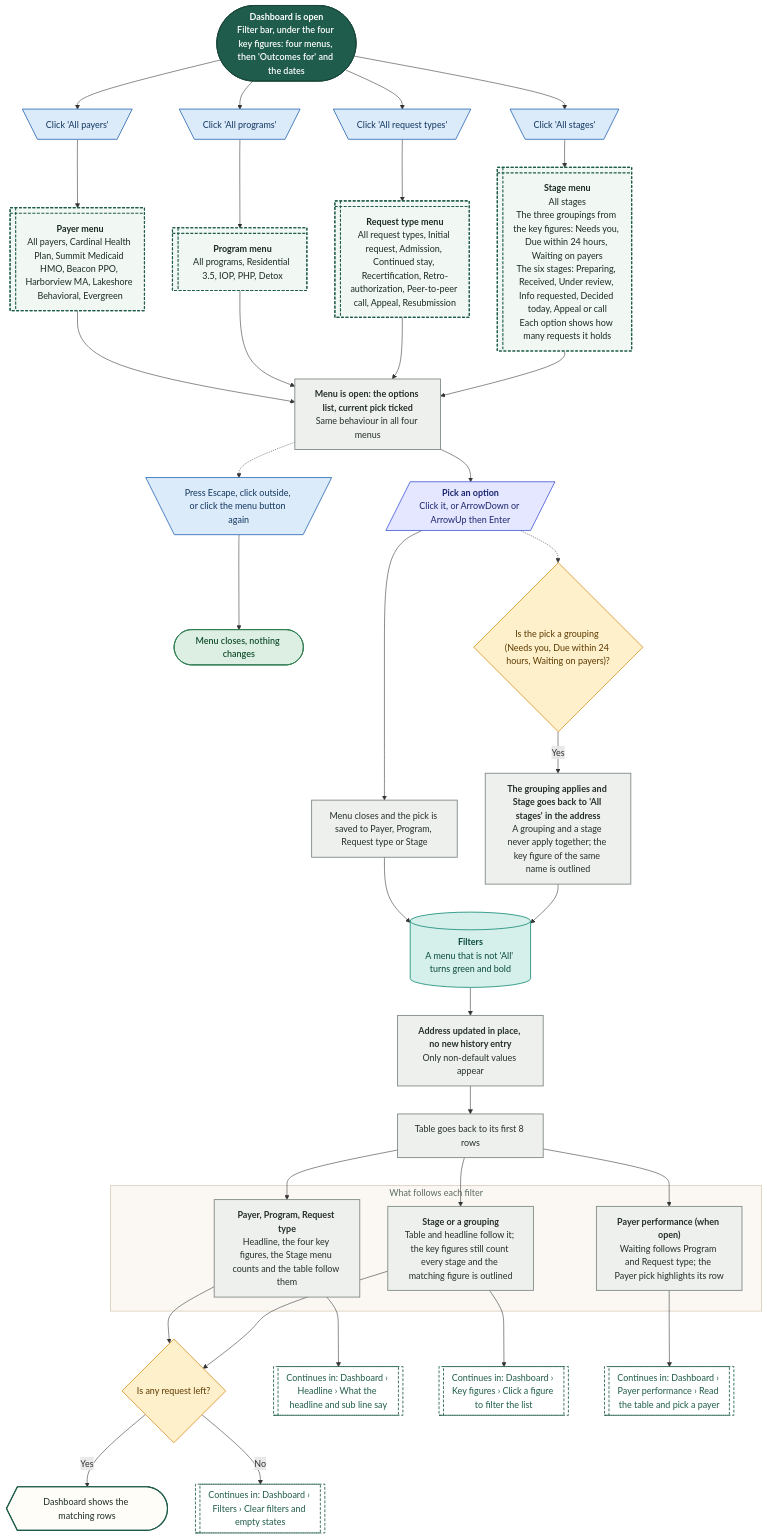
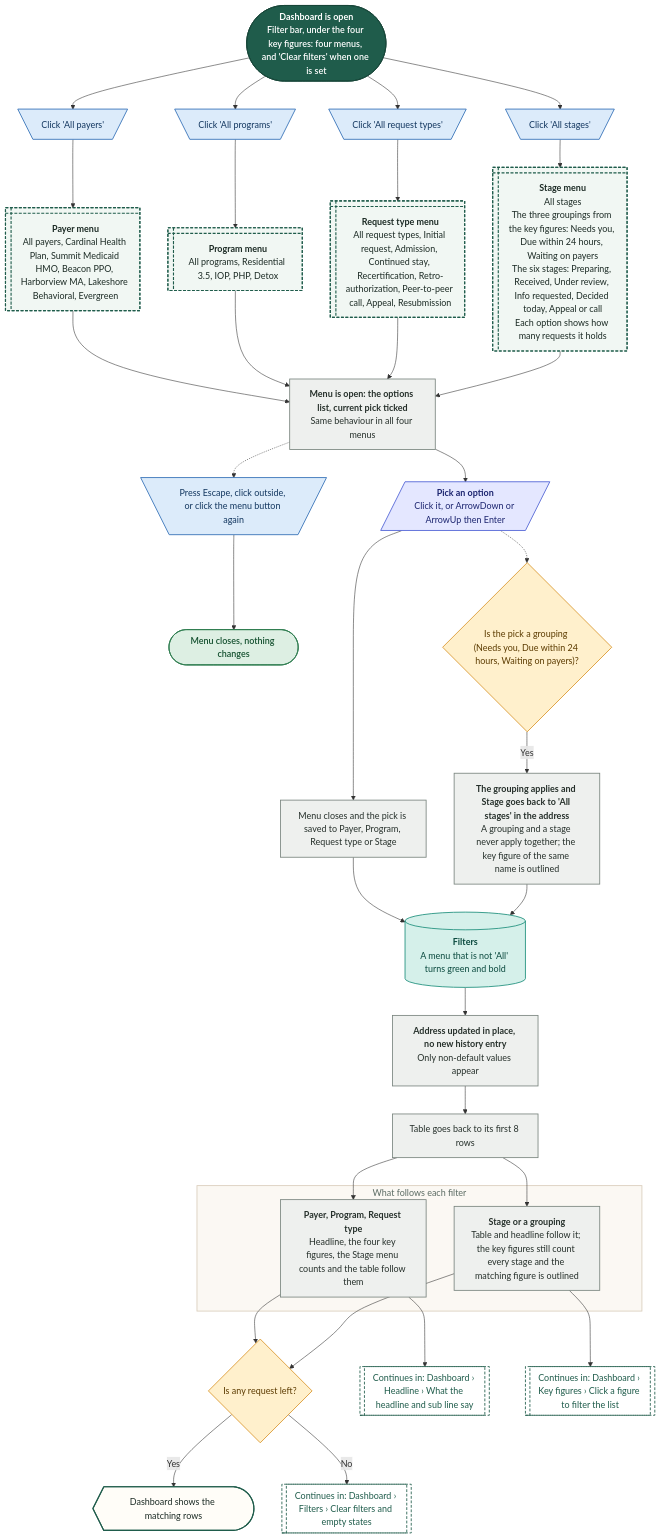
Before and after one commit to Shrav143/psyfloapp: the fifth of 17 diagrams in demos/prior-auth-demo/workflows/out/md/02-dashboard.md, drawn with Mermaid. The commit also changed other lines of this file and 36 other files, not shown here.

First line of the commit message:
docs: diagrams and docs follow the removal of stage help, payer performance and the date range (242 diagrams)

````diff
--- a/demos/prior-auth-demo/workflows/out/md/02-dashboard.md
+++ b/demos/prior-auth-demo/workflows/out/md/02-dashboard.md
@@ -361,78 +345,75 @@
 ```mermaid
 %%{init: {"theme":"base","themeVariables":{"fontFamily":"'DM Sans', 'Segoe UI', system-ui, sans-serif","fontSize":"15px","lineColor":"#5B6B63","primaryTextColor":"#1C2B25","clusterBkg":"#FBF8F3","clusterBorder":"#D9CDBB","edgeLabelBackground":"#FFFFFF"},"flowchart":{"curve":"basis","nodeSpacing":36,"rankSpacing":48,"padding":12,"htmlLabels":true,"useMaxWidth":false,"wrappingWidth":230}} }%%
 flowchart TD
   classDef k_start fill:#1F5C4B,stroke:#174638,color:#FFFFFF,stroke-width:1.5px,font-weight:600
   classDef k_end fill:#DDEFE3,stroke:#2E7D4F,color:#14502F,stroke-width:1.5px,font-weight:600
   classDef k_endx fill:#FBE3E0,stroke:#C0392B,color:#7A1F16,stroke-width:1.5px,font-weight:600
   classDef k_screen fill:#FFFDF8,stroke:#1F5C4B,color:#1C2B25,stroke-width:2px
   classDef k_overlay fill:#F1F7F3,stroke:#1F5C4B,color:#1C2B25,stroke-width:2px,stroke-dasharray:5 3
   classDef k_click fill:#DCEBFA,stroke:#2F6DB5,color:#12365F,stroke-width:1.5px
   classDef k_input fill:#E4E7FF,stroke:#4C5FD5,color:#1D2670,stroke-width:1.5px
   classDef k_process fill:#EEF0EE,stroke:#7A857F,color:#26302B,stroke-width:1.5px
   classDef k_agent fill:#EEE5FA,stroke:#7A4FC2,color:#341A63,stroke-width:1.5px
   classDef k_decision fill:#FFF0CC,stroke:#D9962B,color:#5C3B00,stroke-width:1.5px
   classDef k_store fill:#D5F0EA,stroke:#1C8E7B,color:#0B4A3F,stroke-width:1.5px
   classDef k_doc fill:#F6E9DC,stroke:#B07A4C,color:#4A2E14,stroke-width:1.5px
   classDef k_ext fill:#FFE6D2,stroke:#E07B39,color:#6B2F06,stroke-width:1.5px
   classDef k_wait fill:#E4E8EE,stroke:#6B7C93,color:#26303D,stroke-width:1.5px
   classDef k_toast fill:#FFF9DB,stroke:#C9A400,color:#5A4A00,stroke-width:1.5px
   classDef k_goto fill:#FFFFFF,stroke:#1F5C4B,color:#1F5C4B,stroke-width:1.5px,stroke-dasharray:5 3
-  s1@{ shape: stadium, label: "<b>Dashboard is open</b><br/>Filter bar, under the four key figures: four menus, then 'Outcomes for' and the dates" }
+  s1@{ shape: stadium, label: "<b>Dashboard is open</b><br/>Filter bar, under the four key figures: four menus, and 'Clear filters' when one is set" }
   c1@{ shape: trap-t, label: "Click 'All payers'" }
   c2@{ shape: trap-t, label: "Click 'All programs'" }
   c3@{ shape: trap-t, label: "Click 'All request types'" }
   c4@{ shape: trap-t, label: "Click 'All stages'" }
   o1@{ shape: win-pane, label: "<b>Payer menu</b><br/>All payers, Cardinal Health Plan, Summit Medicaid HMO, Beacon PPO, Harborview MA, Lakeshore Behavioral, Evergreen" }
   o2@{ shape: win-pane, label: "<b>Program menu</b><br/>All programs, Residential 3.5, IOP, PHP, Detox" }
   o3@{ shape: win-pane, label: "<b>Request type menu</b><br/>All request types, Initial request, Admission, Continued stay, Recertification, Retro-authorization, Peer-to-peer call, Appeal, Resubmission" }
   o4@{ shape: win-pane, label: "<b>Stage menu</b><br/>All stages<br/>The three groupings from the key figures: Needs you, Due within 24 hours, Waiting on payers<br/>The six stages: Preparing, Received, Under review, Info requested, Decided today, Appeal or call<br/>Each option shows how many requests it holds" }
   m1@{ shape: rect, label: "<b>Menu is open: the options list, current pick ticked</b><br/>Same behaviour in all four menus" }
   i1@{ shape: lean-r, label: "<b>Pick an option</b><br/>Click it, or ArrowDown or ArrowUp then Enter" }
   k1@{ shape: trap-t, label: "Press Escape, click outside, or click the menu button again" }
   e0@{ shape: stadium, label: "Menu closes, nothing changes" }
   dg@{ shape: diam, label: "Is the pick a grouping (Needs you, Due within 24 hours, Waiting on payers)?" }
   pg@{ shape: rect, label: "<b>The grouping applies and Stage goes back to 'All stages' in the address</b><br/>A grouping and a stage never apply together; the key figure of the same name is outlined" }
   p1@{ shape: rect, label: "Menu closes and the pick is saved to Payer, Program, Request type or Stage" }
   w1@{ shape: cyl, label: "<b>Filters</b><br/>A menu that is not 'All' turns green and bold" }
   p2@{ shape: rect, label: "<b>Address updated in place, no new history entry</b><br/>Only non-default values appear" }
   p3@{ shape: rect, label: "Table goes back to its first 8 rows" }
   subgraph gFollow ["What follows each filter"]
   f1@{ shape: rect, label: "<b>Payer, Program, Request type</b><br/>Headline, the four key figures, the Stage menu counts and the table follow them" }
   f2@{ shape: rect, label: "<b>Stage or a grouping</b><br/>Table and headline follow it; the key figures still count every stage and the matching figure is outlined" }
-  f3@{ shape: rect, label: "<b>Payer performance (when open)</b><br/>Waiting follows Program and Request type; the Payer pick highlights its row" }
   end
   d1@{ shape: diam, label: "Is any request left?" }
   sc@{ shape: curv-trap, label: "Dashboard shows the matching rows" }
   g1@{ shape: subproc, label: "Continues in: Dashboard › Filters › Clear filters and empty states" }
   g2@{ shape: subproc, label: "Continues in: Dashboard › Headline › What the headline and sub line say" }
   g3@{ shape: subproc, label: "Continues in: Dashboard › Key figures › Click a figure to filter the list" }
-  g4@{ shape: subproc, label: "Continues in: Dashboard › Payer performance › Read the table and pick a payer" }
   s1 --> c1 --> o1
   s1 --> c2 --> o2
   s1 --> c3 --> o3
   s1 --> c4 --> o4
   o1 & o2 & o3 & o4 --> m1
   m1 --> i1
   m1 -.-> k1 --> e0
   i1 --> p1 --> w1 --> p2 --> p3
   i1 -.-> dg
   dg -->|"Yes"| pg --> w1
-  p3 --> f1 & f2 & f3
+  p3 --> f1 & f2
   f1 --> g2
   f2 --> g3
-  f3 --> g4
   f1 & f2 --> d1
   d1 -->|"Yes"| sc
   d1 -->|"No"| g1
   class s1 k_start
   class c1,c2,c3,c4,k1 k_click
   class o1,o2,o3,o4 k_overlay
-  class m1,pg,p1,p2,p3,f1,f2,f3 k_process
+  class m1,pg,p1,p2,p3,f1,f2 k_process
   class i1 k_input
   class e0 k_end
   class dg,d1 k_decision
   class w1 k_store
   class sc k_screen
-  class g1,g2,g3,g4 k_goto
+  class g1,g2,g3 k_goto
   style gFollow fill:#FBF8F3,stroke:#D9CDBB,stroke-width:1.5px,color:#5B6B63
 ```
````
